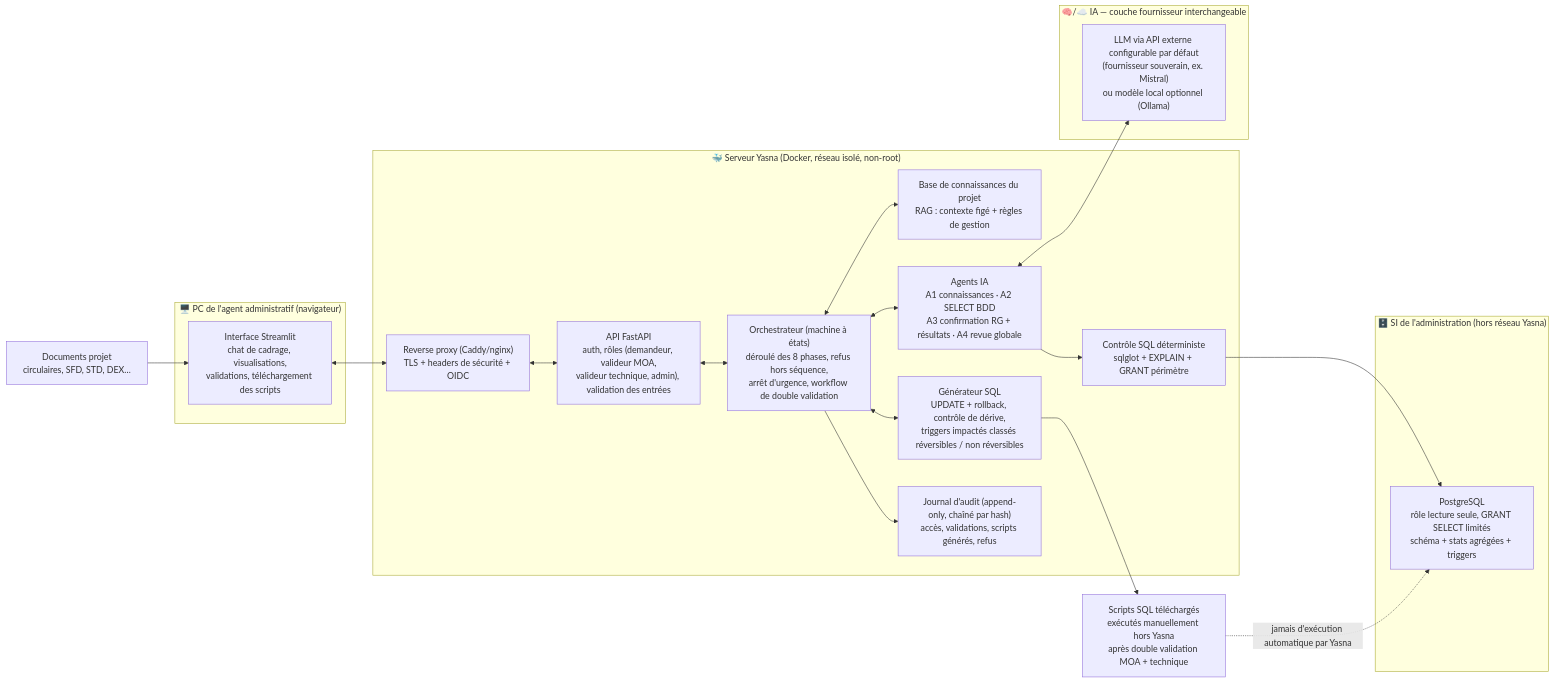
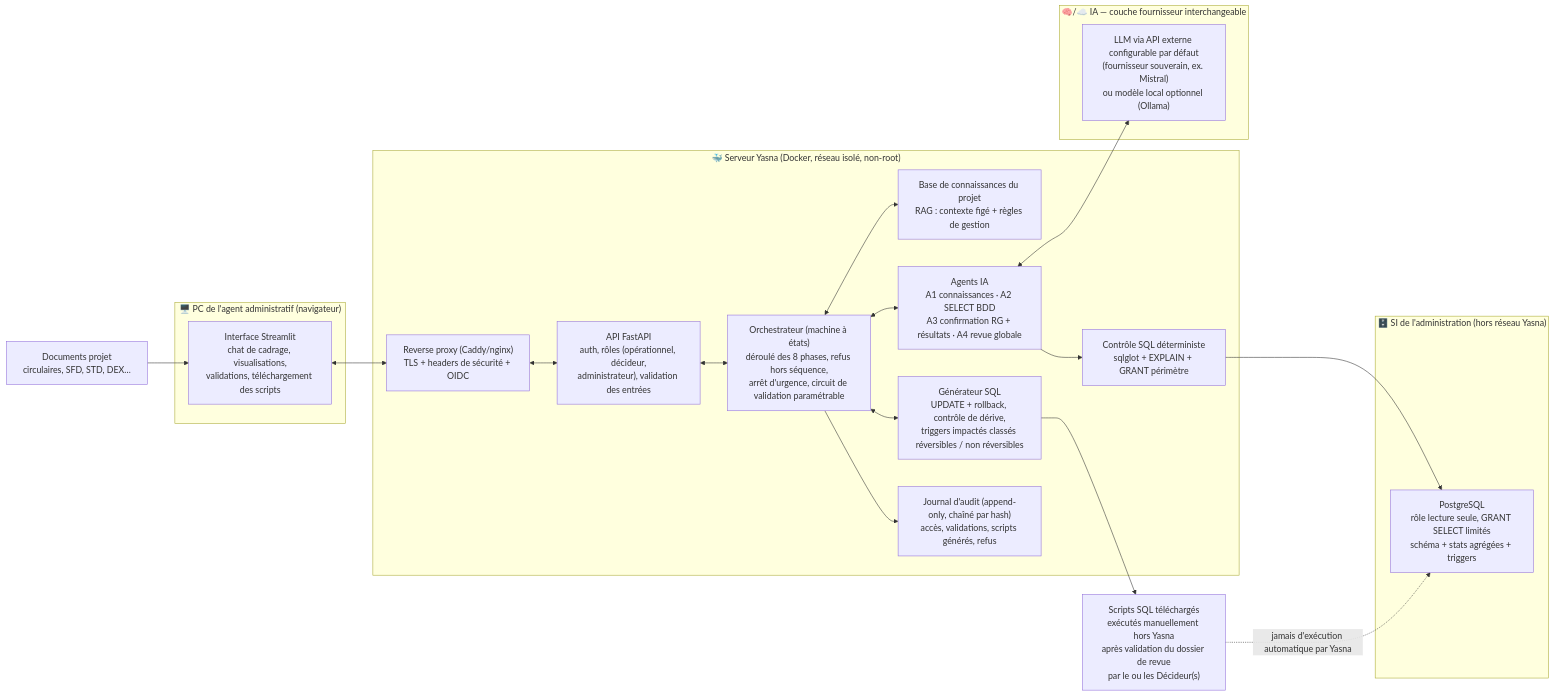
The first of 5 diagrams in Yasna_Schemas_Parcours.md (Choori279/Yasna), drawn with Mermaid before and after one commit. The commit also changed other lines of this file and 4 other files, not shown here.

Commit message:
docs(C): roles et circuit de validation parametrable (operationnel/decideur/administrateur)

````diff
--- a/Yasna_Schemas_Parcours.md
+++ b/Yasna_Schemas_Parcours.md
@@ -15,42 +15,42 @@
 ```mermaid
 flowchart LR
     subgraph PC["🖥️ PC de l'agent administratif (navigateur)"]
         UI["Interface Streamlit<br/>chat de cadrage, visualisations,<br/>validations, téléchargement des scripts"]
     end
 
     DOCS["Documents projet<br/>circulaires, SFD, STD, DEX…"]
 
     subgraph YASNA["🐳 Serveur Yasna (Docker, réseau isolé, non-root)"]
         PROXY["Reverse proxy (Caddy/nginx)<br/>TLS + headers de sécurité + OIDC"]
-        API["API FastAPI<br/>auth, rôles (demandeur, valideur MOA,<br/>valideur technique, admin), validation des entrées"]
-        ORCH["Orchestrateur (machine à états)<br/>déroulé des 8 phases, refus hors séquence,<br/>arrêt d'urgence, workflow de double validation"]
+        API["API FastAPI<br/>auth, rôles (opérationnel, décideur,<br/>administrateur), validation des entrées"]
+        ORCH["Orchestrateur (machine à états)<br/>déroulé des 8 phases, refus hors séquence,<br/>arrêt d'urgence, circuit de validation paramétrable"]
         RAG["Base de connaissances du projet<br/>RAG : contexte figé + règles de gestion"]
         AGENTS["Agents IA<br/>A1 connaissances · A2 SELECT BDD<br/>A3 confirmation RG + résultats · A4 revue globale"]
         SQLCTRL["Contrôle SQL déterministe<br/>sqlglot + EXPLAIN + GRANT périmètre"]
         SQLGEN["Générateur SQL<br/>UPDATE + rollback, contrôle de dérive,<br/>triggers impactés classés réversibles / non réversibles"]
         AUDIT["Journal d'audit (append-only, chaîné par hash)<br/>accès, validations, scripts générés, refus"]
     end
 
     subgraph IAEXT["🧠/☁️ IA — couche fournisseur interchangeable"]
         LLMEXT["LLM via API externe configurable par défaut<br/>(fournisseur souverain, ex. Mistral)<br/>ou modèle local optionnel (Ollama)"]
     end
 
     subgraph BDD["🗄️ SI de l'administration (hors réseau Yasna)"]
         DB["PostgreSQL<br/>rôle lecture seule, GRANT SELECT limités<br/>schéma + stats agrégées + triggers"]
     end
 
-    SCRIPT["Scripts SQL téléchargés<br/>exécutés manuellement hors Yasna<br/>après double validation MOA + technique"]
+    SCRIPT["Scripts SQL téléchargés<br/>exécutés manuellement hors Yasna<br/>après validation du dossier de revue<br/>par le ou les Décideur(s)"]
 
     DOCS --> UI
     UI <--> PROXY <--> API
     API <--> ORCH
     ORCH <--> RAG
     ORCH <--> AGENTS
     AGENTS --> SQLCTRL
     SQLCTRL --> DB
     ORCH <--> SQLGEN
     ORCH --> AUDIT
     AGENTS <--> LLMEXT
     SQLGEN --> SCRIPT
     SCRIPT -. "jamais d'exécution automatique par Yasna" .-> DB
 ```
````
